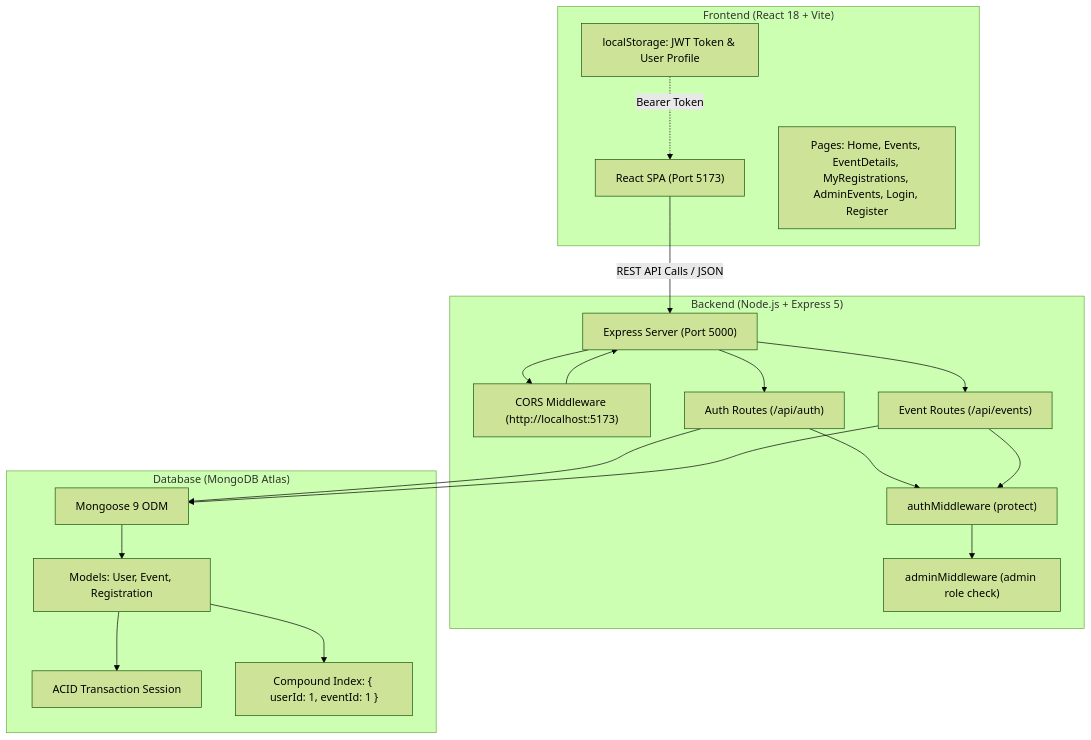
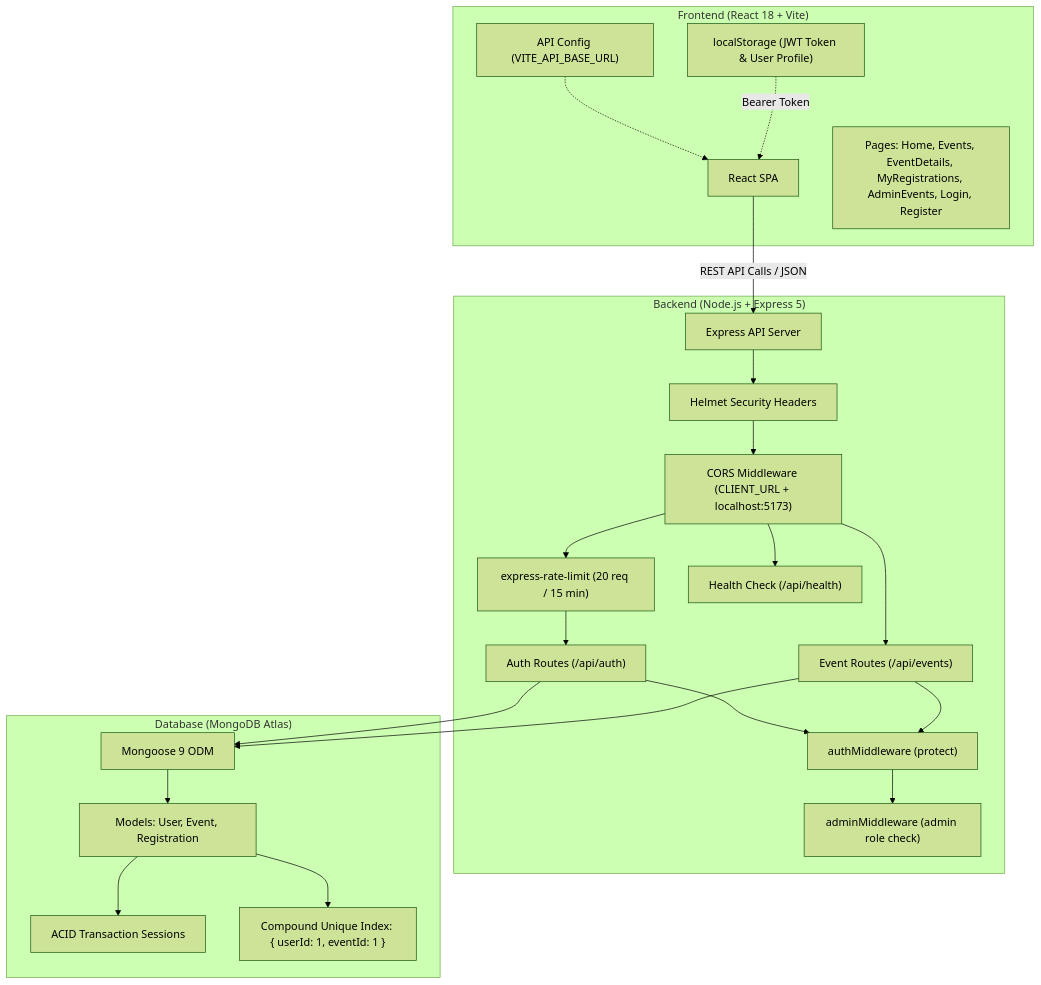
The diagram in README.md (DevGoyal9238/campus-event-management-system), drawn with Mermaid (forest theme) before and after one commit. The commit also changed other lines of this file, not shown here.

Commit message:
docs: update UniVerse README for deployment and security

````diff
--- a/README.md
+++ b/README.md
@@ -103,37 +113,43 @@
 ```mermaid
 flowchart TD
     subgraph Client ["Frontend (React 18 + Vite)"]
-        UI["React SPA (Port 5173)"]
+        UI["React SPA"]
+        Config["API Config (VITE_API_BASE_URL)"]
         Pages["Pages: Home, Events, EventDetails, MyRegistrations, AdminEvents, Login, Register"]
-        Storage["localStorage: JWT Token & User Profile"]
+        Storage["localStorage (JWT Token & User Profile)"]
     end
 
     subgraph Server ["Backend (Node.js + Express 5)"]
-        API["Express Server (Port 5000)"]
-        CORS["CORS Middleware (http://localhost:5173)"]
+        API["Express API Server"]
+        HelmetMW["Helmet Security Headers"]
+        CORSMW["CORS Middleware (CLIENT_URL + localhost:5173)"]
+        RateLimit["express-rate-limit (20 req / 15 min)"]
         AuthMid["authMiddleware (protect)"]
         AdminMid["adminMiddleware (admin role check)"]
         AuthRoutes["Auth Routes (/api/auth)"]
         EventRoutes["Event Routes (/api/events)"]
+        HealthRoute["Health Check (/api/health)"]
     end
 
     subgraph Database ["Database (MongoDB Atlas)"]
         Mongoose["Mongoose 9 ODM"]
         Models["Models: User, Event, Registration"]
-        TX["ACID Transaction Session"]
-        Index["Compound Index: { userId: 1, eventId: 1 }"]
+        TX["ACID Transaction Sessions"]
+        Index["Compound Unique Index: { userId: 1, eventId: 1 }"]
     end
 
     UI --> |REST API Calls / JSON| API
+    Config -.-> UI
     Storage -.-> |Bearer Token| UI
-    API --> CORS --> API
-    API --> AuthRoutes
-    API --> EventRoutes
+    API --> HelmetMW --> CORSMW
+    CORSMW --> HealthRoute
+    CORSMW --> RateLimit --> AuthRoutes
+    CORSMW --> EventRoutes
     AuthRoutes --> AuthMid
     EventRoutes --> AuthMid --> AdminMid
     AuthRoutes --> Mongoose
     EventRoutes --> Mongoose
     Mongoose --> Models
     Models --> TX
     Models --> Index
 ```
````
